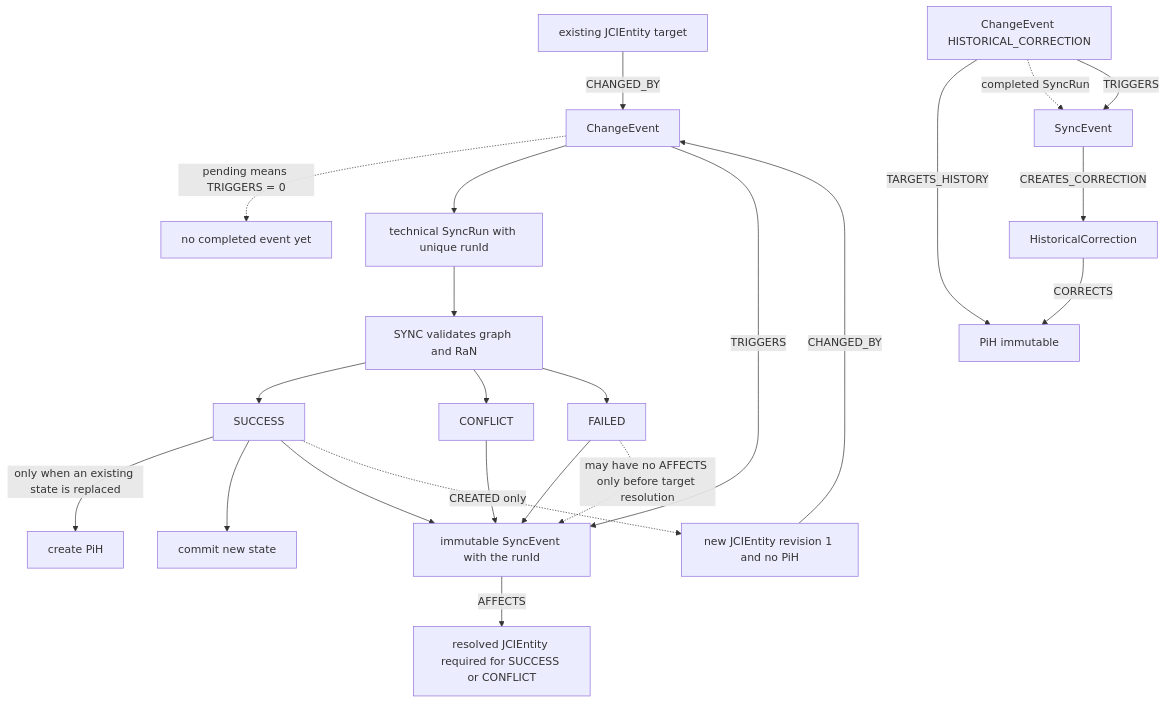
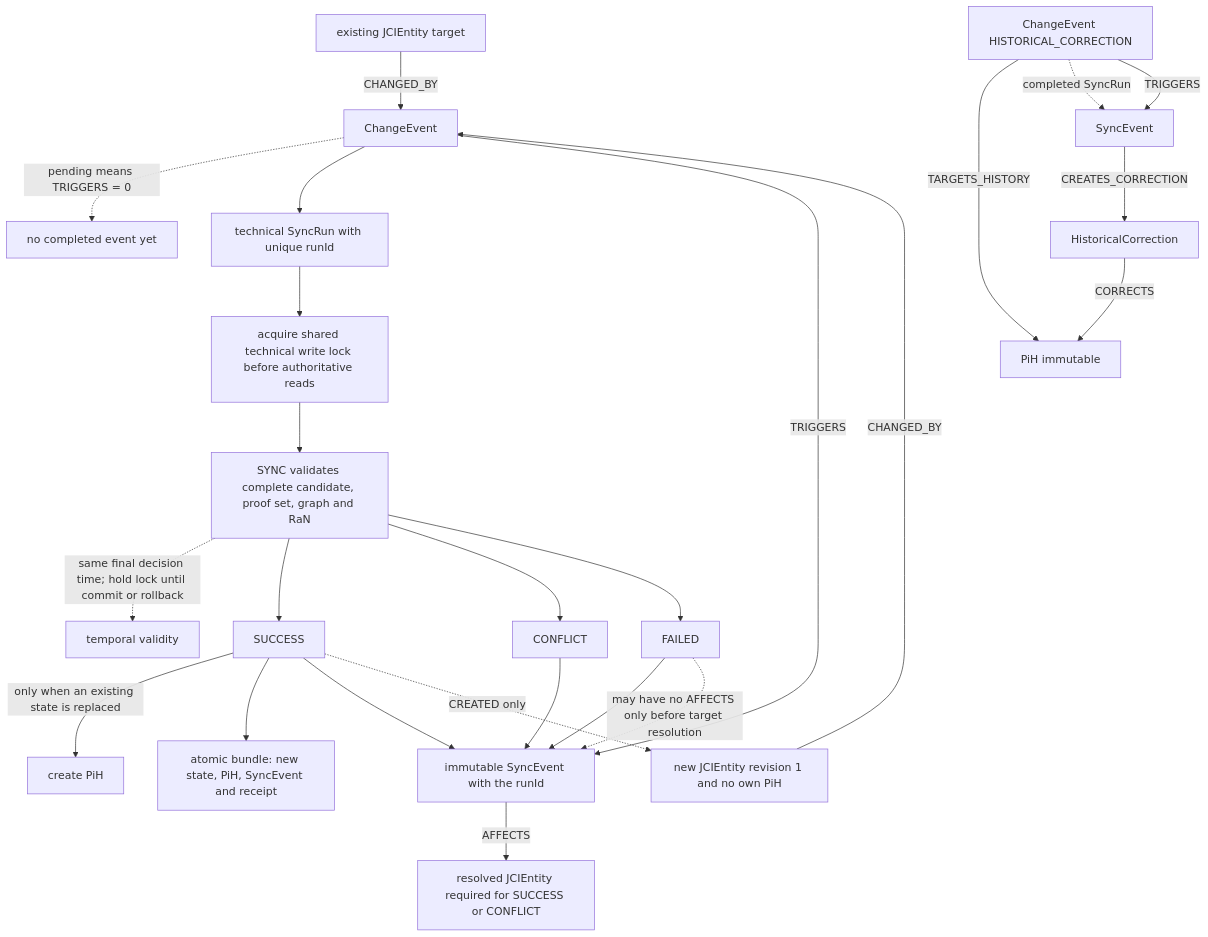
The diagram in docs/diagrams/sources/sync-history.mmd (eeimicke/junaco-jci-loop), drawn with Mermaid before and after one commit. The commit also changed 42 other files, not shown here.

```diff
--- a/docs/diagrams/sources/sync-history.mmd
+++ b/docs/diagrams/sources/sync-history.mmd
@@ -1,23 +1,25 @@
 flowchart TD
     Entity[existing JCIEntity target] -->|CHANGED_BY| ChangeEvent
     ChangeEvent -. pending means TRIGGERS = 0 .-> Pending[no completed event yet]
     ChangeEvent --> Run[technical SyncRun with unique runId]
-    Run --> Check[SYNC validates graph and RaN]
+    Run --> Gate[acquire shared technical write lock before authoritative reads]
+    Gate --> Check[SYNC validates complete candidate, proof set, graph and RaN]
+    Check -. "same final decision time; hold lock until commit or rollback" .-> Timing[temporal validity]
     Check --> Success[SUCCESS]
     Check --> Conflict[CONFLICT]
     Check --> Failed[FAILED]
     Success -->|only when an existing state is replaced| History[create PiH]
-    Success --> Current[commit new state]
+    Success --> Current[atomic bundle: new state, PiH, SyncEvent and receipt]
     Success --> SyncEvent[immutable SyncEvent with the runId]
     Conflict --> SyncEvent
     Failed --> SyncEvent
     ChangeEvent -->|TRIGGERS| SyncEvent
     SyncEvent -->|AFFECTS| Affected[resolved JCIEntity required for SUCCESS or CONFLICT]
     Failed -. may have no AFFECTS only before target resolution .-> SyncEvent
-    Success -. CREATED only .-> NewEntity[new JCIEntity revision 1 and no PiH]
+    Success -. CREATED only .-> NewEntity[new JCIEntity revision 1 and no own PiH]
     NewEntity -->|CHANGED_BY| ChangeEvent
     CorrectionEvent[ChangeEvent HISTORICAL_CORRECTION] -->|TARGETS_HISTORY| ExistingHistory[PiH immutable]
     CorrectionEvent -. completed SyncRun .-> CorrectionSyncEvent[SyncEvent]
     CorrectionEvent -->|TRIGGERS| CorrectionSyncEvent
     CorrectionSyncEvent -->|CREATES_CORRECTION| Correction[HistoricalCorrection]
     Correction -->|CORRECTS| ExistingHistory
```
